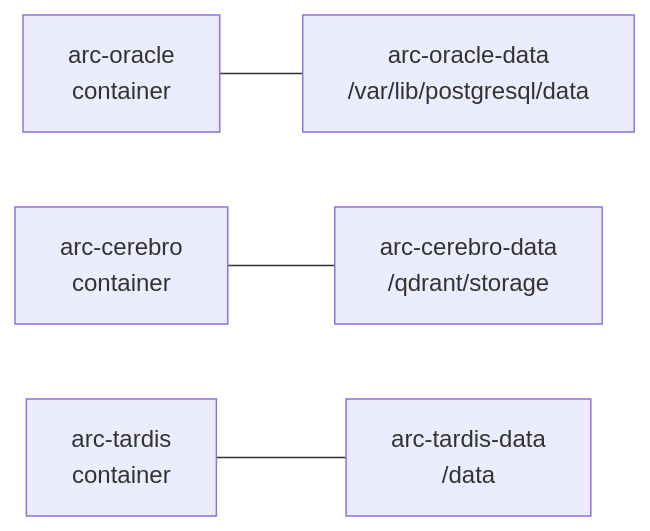
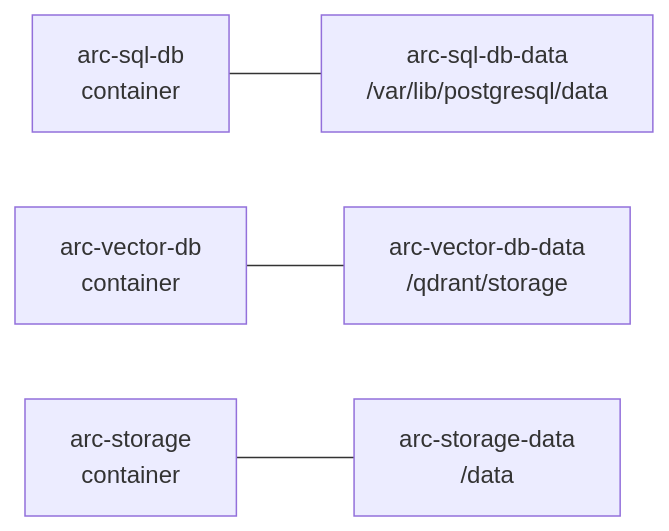
Before and after one commit to arc-framework/arc-platform: the third of 4 diagrams in specs/005-data-layer/plan.md, drawn with Mermaid. The commit also changed other lines of this file and 34 other files, not shown here.

````diff
--- a/specs/005-data-layer/plan.md
+++ b/specs/005-data-layer/plan.md
@@ -68,6 +68,6 @@
 ```mermaid
 graph LR
-    oracle_c["arc-oracle\ncontainer"] --- oracle_v["arc-oracle-data\n/var/lib/postgresql/data"]
-    cerebro_c["arc-cerebro\ncontainer"] --- cerebro_v["arc-cerebro-data\n/qdrant/storage"]
-    tardis_c["arc-tardis\ncontainer"] --- tardis_v["arc-tardis-data\n/data"]
+    oracle_c["arc-sql-db\ncontainer"] --- oracle_v["arc-sql-db-data\n/var/lib/postgresql/data"]
+    cerebro_c["arc-vector-db\ncontainer"] --- cerebro_v["arc-vector-db-data\n/qdrant/storage"]
+    tardis_c["arc-storage\ncontainer"] --- tardis_v["arc-storage-data\n/data"]
 ```
````
